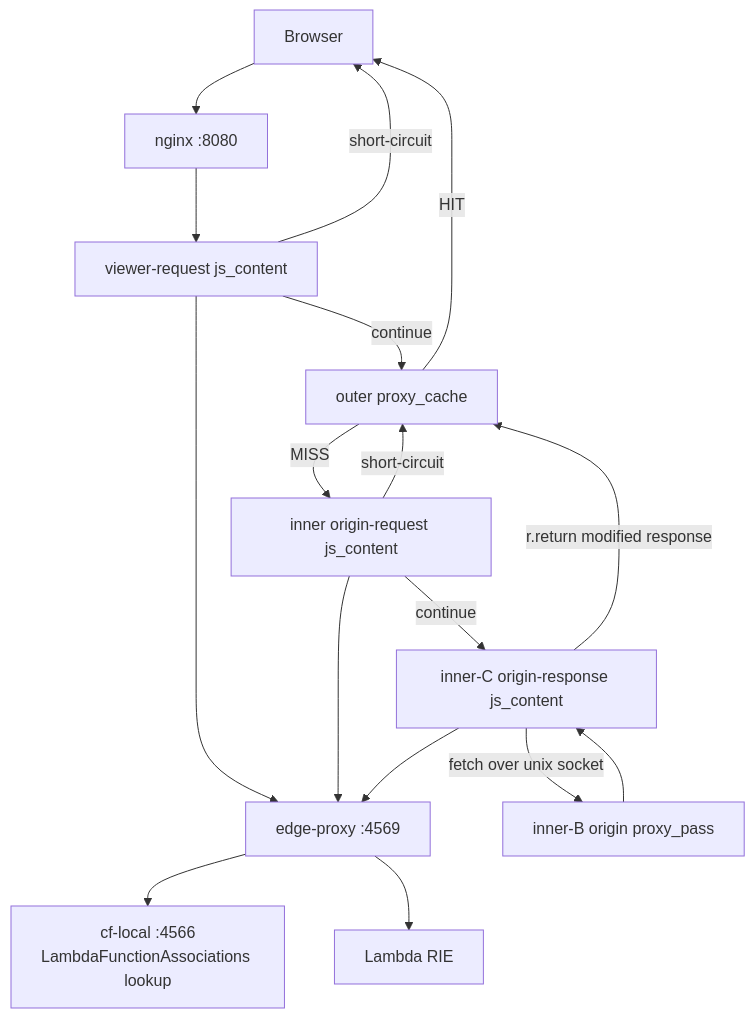
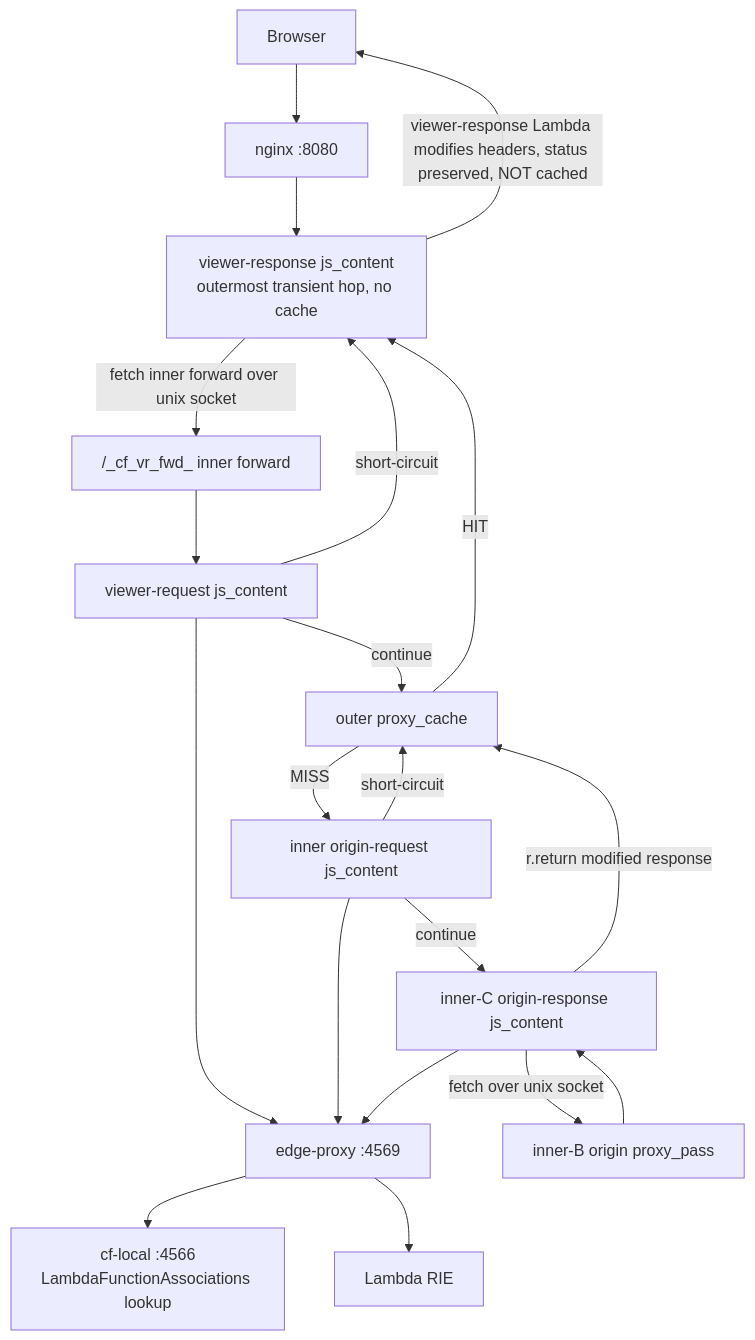
Before and after one commit to DKen-DevCat/cf-local: the diagram in docs/lambda-edge.md, drawn with Mermaid. The commit also changed other lines of this file, not shown here.

Commit message:
docs(phase-4f): correct lambda-edge.md to 4-hook reality
- intro/return-spec list: viewer-response is implemented (not a follow-up task);
  state 4-hook complete (viewer-request + origin-request + origin-response +
  viewer-response)
- overview mermaid: add viewer-response as the outermost transient hop
  (fetches inner forward over unix socket, modifies headers only, not cached);
  quote the /_cf_vr_fwd_ node label so mermaid renders it
- fix directive typo: edge.runViewerRequest -> edge.viewerRequest
  (matches conf.go:573,634)

Review finding G3 (docs/plans/phase-4f-quality-review.md).

````diff
--- a/docs/lambda-edge.md
+++ b/docs/lambda-edge.md
@@ -16,19 +16,22 @@
 ```mermaid
 flowchart TD
   B[Browser] --> N[nginx :8080]
-  N --> VR[viewer-request js_content]
+  N --> VRES[viewer-response js_content<br/>outermost transient hop, no cache]
+  VRES -->|fetch inner forward over unix socket| FWD["/_cf_vr_fwd_ inner forward"]
+  FWD --> VR[viewer-request js_content]
   VR --> EP[edge-proxy :4569]
   EP --> CP[cf-local :4566<br/>LambdaFunctionAssociations lookup]
   EP --> RIE[Lambda RIE]
   VR -->|continue| CACHE[outer proxy_cache]
-  VR -->|short-circuit| B
-  CACHE -->|HIT| B
+  VR -->|short-circuit| VRES
+  CACHE -->|HIT| VRES
   CACHE -->|MISS| OR[inner origin-request js_content]
   OR --> EP
   OR -->|continue| ORES[inner-C origin-response js_content]
   OR -->|short-circuit| CACHE
   ORES -->|fetch over unix socket| ORIGIN[inner-B origin proxy_pass]
   ORIGIN --> ORES
   ORES --> EP
   ORES -->|r.return modified response| CACHE
+  VRES -->|viewer-response Lambda modifies headers, status preserved, NOT cached| B
 ```
````
